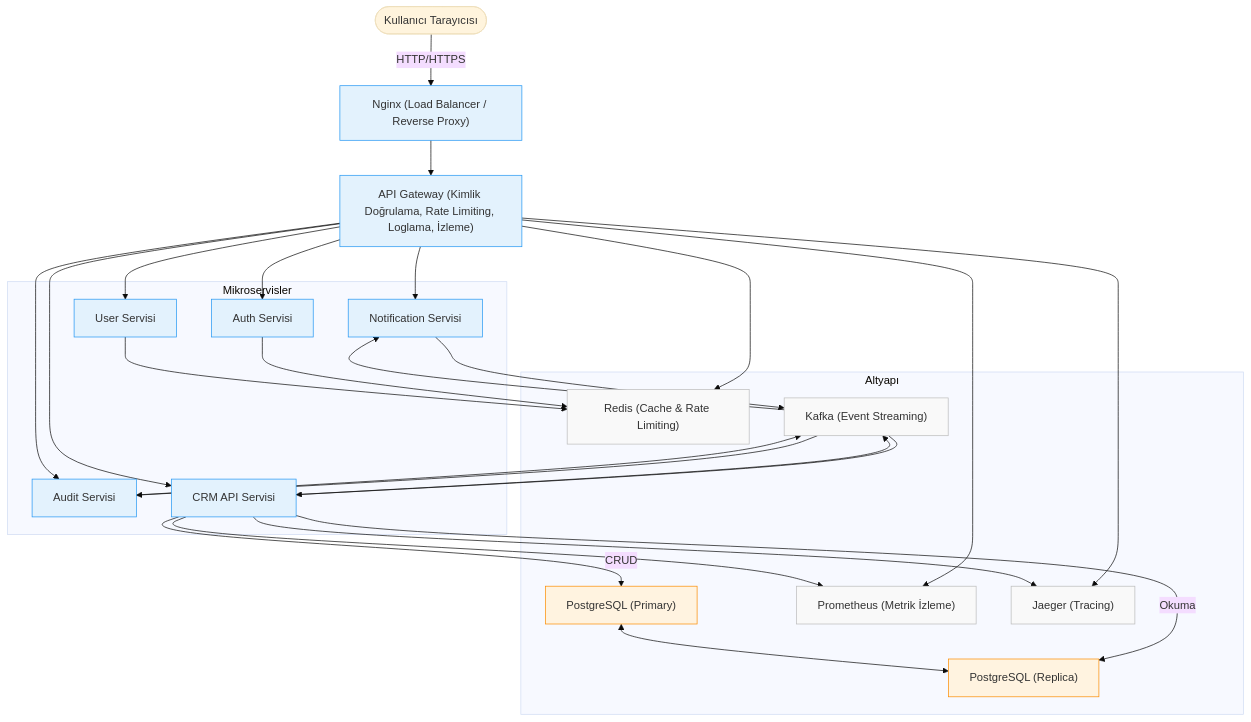
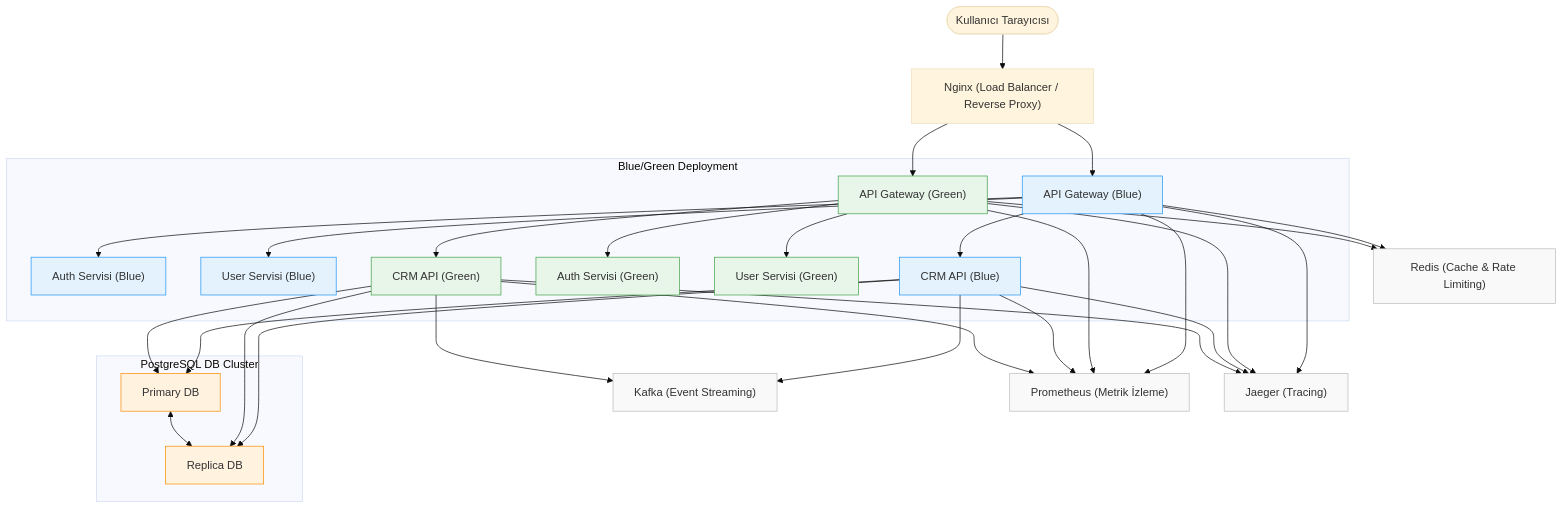
One commit to AtillaMutlu/Go-CRM changed the diagram in README.md. Above: the diagram before and after it, drawn with Mermaid (base theme). The commit also changed other lines of this file, not shown here.

Commit message:
README.md dosyasında mimari akış şeması güncellendi; Blue/Green dağıtım, Nginx load balancer ve PostgreSQL yapılandırmaları detaylandırıldı. Mikroservisler ve altyapı bileşenleri arasındaki veri akışı yeniden düzenlendi.

````diff
--- a/README.md
+++ b/README.md
@@ -48,53 +48,59 @@
 ```mermaid
 flowchart TD
     Kullanicilar([Kullanıcı Tarayıcısı])
     Nginx["Nginx (Load Balancer / Reverse Proxy)"]
-    Gateway["API Gateway (Kimlik Doğrulama, Rate Limiting, Loglama, İzleme)"]
-    subgraph Mikroservisler
-        AuthSvc["Auth Servisi"]
-        UserSvc["User Servisi"]
-        NotificationSvc["Notification Servisi"]
-        AuditSvc["Audit Servisi"]
-        CrmApi["CRM API Servisi"]
+    subgraph BlueGreen["Blue/Green Deployment"]
+        GatewayBlue["API Gateway (Blue)"]
+        GatewayGreen["API Gateway (Green)"]
+        AuthBlue["Auth Servisi (Blue)"]
+        UserBlue["User Servisi (Blue)"]
+        CrmBlue["CRM API (Blue)"]
+        AuthGreen["Auth Servisi (Green)"]
+        UserGreen["User Servisi (Green)"]
+        CrmGreen["CRM API (Green)"]
     end
-    subgraph Altyapı
-        PostgresPrimary["PostgreSQL (Primary)"]
-        PostgresReplica["PostgreSQL (Replica)"]
-        Redis["Redis (Cache & Rate Limiting)"]
-        Kafka["Kafka (Event Streaming)"]
-        Prometheus["Prometheus (Metrik İzleme)"]
-        Jaeger["Jaeger (Tracing)"]
+    subgraph DBCluster["PostgreSQL DB Cluster"]
+        PrimaryDB["Primary DB"]
+        ReplicaDB["Replica DB"]
     end
+    Redis["Redis (Cache & Rate Limiting)"]
+    Kafka["Kafka (Event Streaming)"]
+    Prometheus["Prometheus (Metrik İzleme)"]
+    Jaeger["Jaeger (Tracing)"]
 
-    Kullanicilar -->|HTTP/HTTPS| Nginx
-    Nginx --> Gateway
-    Gateway --> AuthSvc
-    Gateway --> UserSvc
-    Gateway --> NotificationSvc
-    Gateway --> AuditSvc
-    Gateway --> CrmApi
-    CrmApi -->|CRUD| PostgresPrimary
-    CrmApi -->|Okuma| PostgresReplica
-    Gateway --> Redis
-    CrmApi --> Kafka
-    Gateway --> Prometheus
-    Gateway --> Jaeger
-    CrmApi --> Prometheus
-    CrmApi --> Jaeger
-    AuthSvc --> Redis
-    UserSvc --> Redis
-    NotificationSvc --> Kafka
-    AuditSvc --> Kafka
-    PostgresPrimary <--> PostgresReplica
-    Kafka --> AuditSvc
-    Kafka --> NotificationSvc
-    Kafka --> CrmApi
-    
+    Kullanicilar --> Nginx
+    Nginx --> GatewayBlue
+    Nginx --> GatewayGreen
+    GatewayBlue --> AuthBlue
+    GatewayBlue --> UserBlue
+    GatewayBlue --> CrmBlue
+    GatewayGreen --> AuthGreen
+    GatewayGreen --> UserGreen
+    GatewayGreen --> CrmGreen
+    CrmBlue --> PrimaryDB
+    CrmBlue --> ReplicaDB
+    CrmGreen --> PrimaryDB
+    CrmGreen --> ReplicaDB
+    GatewayBlue --> Redis
+    GatewayGreen --> Redis
+    CrmBlue --> Kafka
+    CrmGreen --> Kafka
+    GatewayBlue --> Prometheus
+    GatewayGreen --> Prometheus
+    GatewayBlue --> Jaeger
+    GatewayGreen --> Jaeger
+    CrmBlue --> Prometheus
+    CrmGreen --> Prometheus
+    CrmBlue --> Jaeger
+    CrmGreen --> Jaeger
+    PrimaryDB <--> ReplicaDB
+
+    classDef blue fill:#e3f2fd,stroke:#2196f3,stroke-width:1px;
+    classDef green fill:#e8f5e9,stroke:#43a047,stroke-width:1px;
+    classDef db fill:#fff3e0,stroke:#fb8c00,stroke-width:1px;
     classDef infra fill:#f9f9f9,stroke:#bbb,stroke-width:1px;
-    classDef svc fill:#e3f2fd,stroke:#2196f3,stroke-width:1px;
-    classDef db fill:#fff3e0,stroke:#fb8c00,stroke-width:1px;
-    class Nginx,Gateway svc;
-    class AuthSvc,UserSvc,NotificationSvc,AuditSvc,CrmApi svc;
-    class PostgresPrimary,PostgresReplica db;
+    class GatewayBlue,AuthBlue,UserBlue,CrmBlue blue;
+    class GatewayGreen,AuthGreen,UserGreen,CrmGreen green;
+    class PrimaryDB,ReplicaDB db;
     class Redis,Kafka,Prometheus,Jaeger infra;
 ```
````
